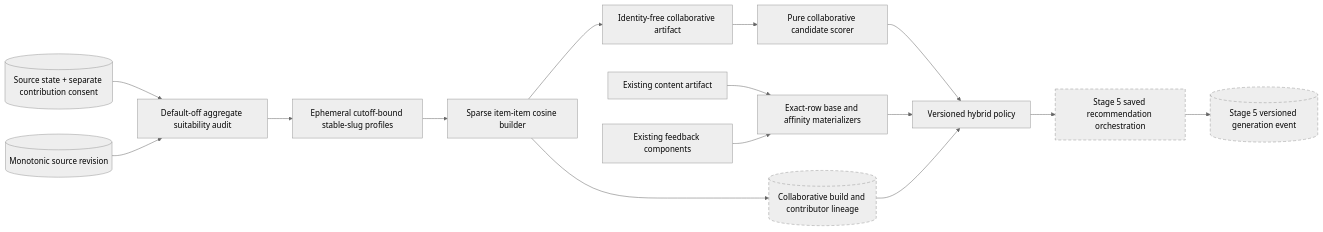
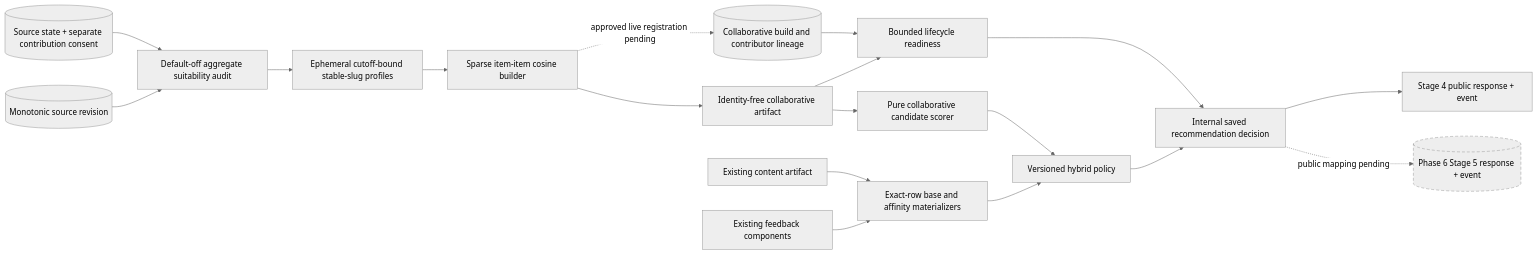
The fourth of 4 diagrams in docs/architecture.md (Khang206206/gamelens-ai), drawn with Mermaid (neutral theme) before and after one commit. The commit also changed other lines of this file and 12 other files, not shown here.

````diff
--- a/docs/architecture.md
+++ b/docs/architecture.md
@@ -145,34 +145,39 @@
 ```mermaid
 flowchart LR
     State[("Source state + separate contribution consent")]
     Revision[("Monotonic source revision")]
     Audit["Default-off aggregate suitability audit"]
     Snapshot["Ephemeral cutoff-bound stable-slug profiles"]
     Builder["Sparse item-item cosine builder"]
     CF["Identity-free collaborative artifact"]
     Scorer["Pure collaborative candidate scorer"]
-    Lineage[("Collaborative build and contributor lineage")]:::future
+    Lineage[("Collaborative build and contributor lineage")]
     Content["Existing content artifact"]
     Feedback["Existing feedback components"]
     Materializers["Exact-row base and affinity materializers"]
     Hybrid["Versioned hybrid policy"]
-    API["Stage 5 saved recommendation orchestration"]:::future
-    Event[("Stage 5 versioned generation event")]:::future
+    Readiness["Bounded lifecycle readiness"]
+    API["Internal saved recommendation decision"]
+    Legacy["Stage 4 public response + event"]
+    Event[("Phase 6 Stage 5 response + event")]:::future
 
     State --> Audit
     Audit --> Snapshot
     Revision --> Audit
     Snapshot --> Builder
     Builder --> CF
-    Builder --> Lineage
+    Builder -. "approved live registration pending" .-> Lineage
     CF --> Scorer
     Content --> Materializers
     Feedback --> Materializers
     Scorer --> Hybrid
     Materializers --> Hybrid
-    Lineage --> Hybrid
+    Lineage --> Readiness
+    CF --> Readiness
+    Readiness --> API
     Hybrid --> API
-    API --> Event
+    API --> Legacy
+    API -. "public mapping pending" .-> Event
 
     classDef future stroke-dasharray: 6 4
 ```
````
